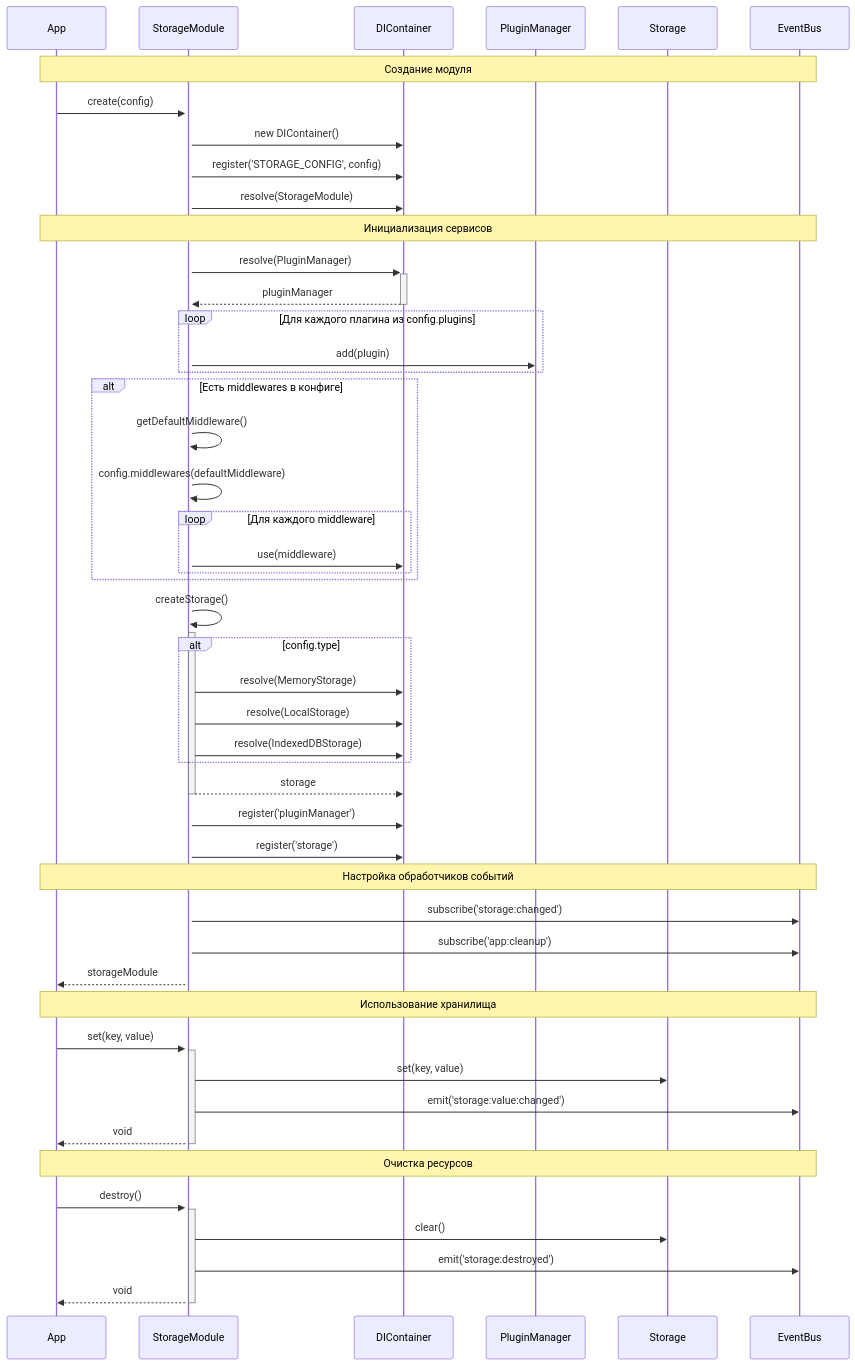
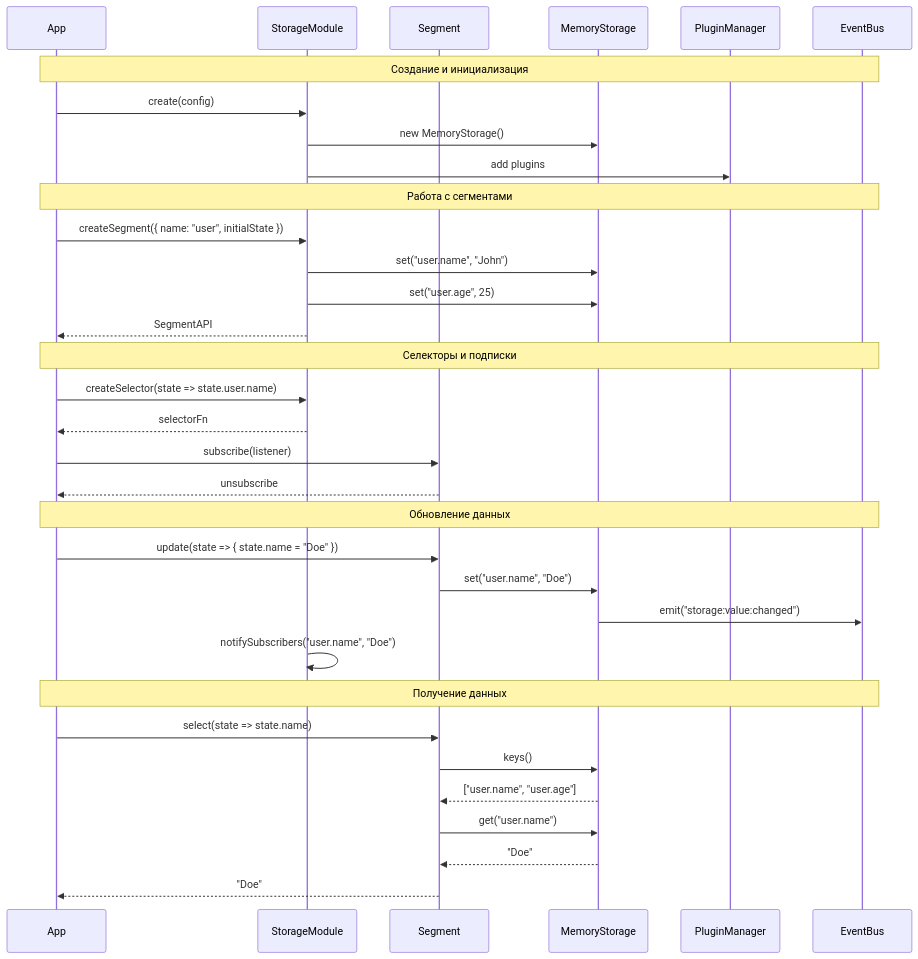
Before and after one commit to Vlad92msk/social_network.v2: the second of 2 diagrams in client/app/_ui/modules/synapse/services/storage/doc/storage.doc.md, drawn with Mermaid. The commit also changed other lines of this file and 8 other files, not shown here.

````diff
--- a/client/app/_ui/modules/synapse/services/storage/doc/storage.doc.md
+++ b/client/app/_ui/modules/synapse/services/storage/doc/storage.doc.md
@@ -71,60 +65,41 @@
 ```mermaid
 sequenceDiagram
     participant App
     participant SM as StorageModule
-    participant DI as DIContainer
+    participant Seg as Segment
+    participant MS as MemoryStorage
     participant PM as PluginManager
-    participant S as Storage
     participant EB as EventBus
 
-    Note over App,EB: Создание модуля
-    App->>+SM: create(config)
-    SM->>DI: new DIContainer()
-    SM->>DI: register('STORAGE_CONFIG', config)
-    SM->>DI: resolve(StorageModule)
+    Note over App,EB: Создание и инициализация
+    App->>SM: create(config)
+    SM->>MS: new MemoryStorage()
+    SM->>PM: add plugins
 
-    Note over App,EB: Инициализация сервисов
-    SM->>+DI: resolve(PluginManager)
-    DI-->>-SM: pluginManager
+    Note over App,EB: Работа с сегментами
+    App->>SM: createSegment({ name: "user", initialState })
+    SM->>MS: set("user.name", "John")
+    SM->>MS: set("user.age", 25)
+    SM-->>App: SegmentAPI
 
-    loop Для каждого плагина из config.plugins
-        SM->>PM: add(plugin)
-    end
+    Note over App,EB: Селекторы и подписки
+    App->>SM: createSelector(state => state.user.name)
+    SM-->>App: selectorFn
 
-    alt Есть middlewares в конфиге
-        SM->>SM: getDefaultMiddleware()
-        SM->>SM: config.middlewares(defaultMiddleware)
-        loop Для каждого middleware
-            SM->>DI: use(middleware)
-        end
-    end
+    App->>Seg: subscribe(listener)
+    Seg-->>App: unsubscribe
 
-    SM->>+SM: createStorage()
-    alt config.type
-        SM->>DI: resolve(MemoryStorage)
-        SM->>DI: resolve(LocalStorage)
-        SM->>DI: resolve(IndexedDBStorage)
-    end
-    SM-->>-DI: storage
+    Note over App,EB: Обновление данных
+    App->>Seg: update(state => { state.name = "Doe" })
+    Seg->>MS: set("user.name", "Doe")
+    MS->>EB: emit("storage:value:changed")
+    SM->>SM: notifySubscribers("user.name", "Doe")
 
-    SM->>DI: register('pluginManager')
-    SM->>DI: register('storage')
-
-    Note over App,EB: Настройка обработчиков событий
-    SM->>EB: subscribe('storage:changed')
-    SM->>EB: subscribe('app:cleanup')
-
-    SM-->>App: storageModule
-
-    Note over App,EB: Использование хранилища
-    App->>+SM: set(key, value)
-    SM->>S: set(key, value)
-    SM->>EB: emit('storage:value:changed')
-    SM-->>-App: void
-
-    Note over App,EB: Очистка ресурсов
-    App->>+SM: destroy()
-    SM->>S: clear()
-    SM->>EB: emit('storage:destroyed')
-    SM-->>-App: void
+    Note over App,EB: Получение данных
+    App->>Seg: select(state => state.name)
+    Seg->>MS: keys()
+    MS-->>Seg: ["user.name", "user.age"]
+    Seg->>MS: get("user.name")
+    MS-->>Seg: "Doe"
+    Seg-->>App: "Doe"
 ```
````
